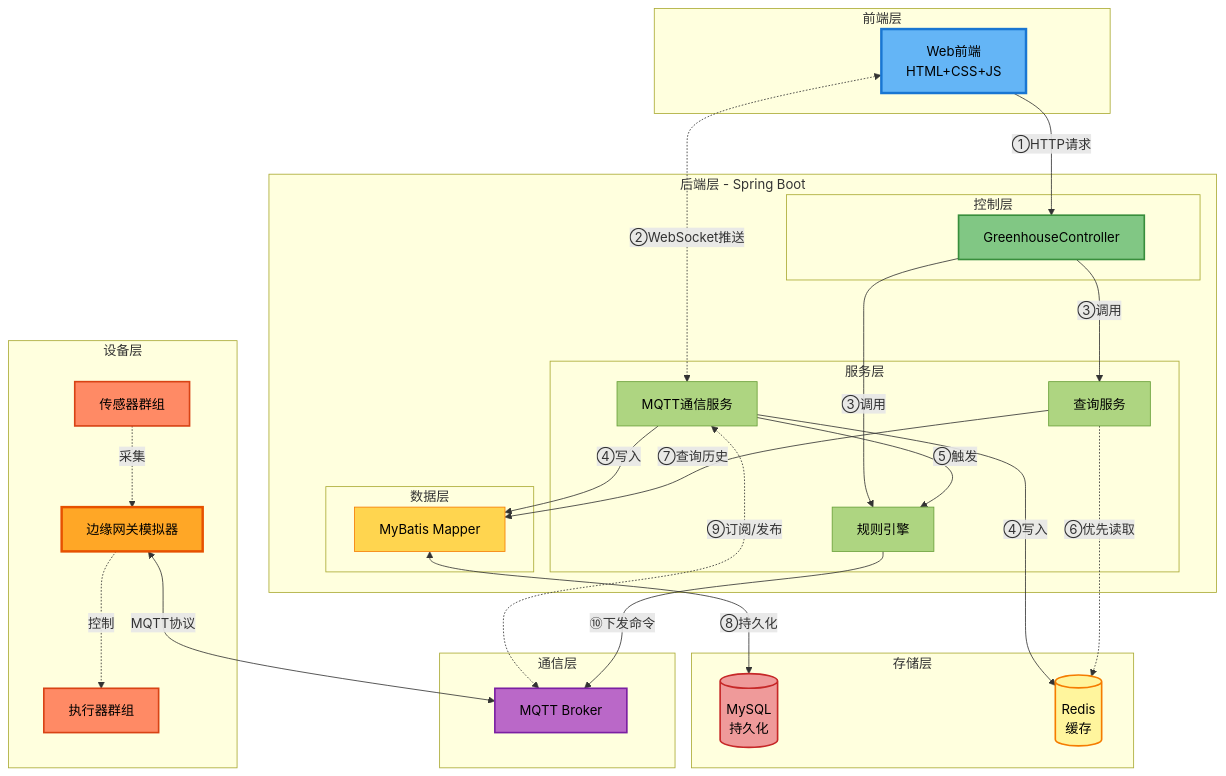
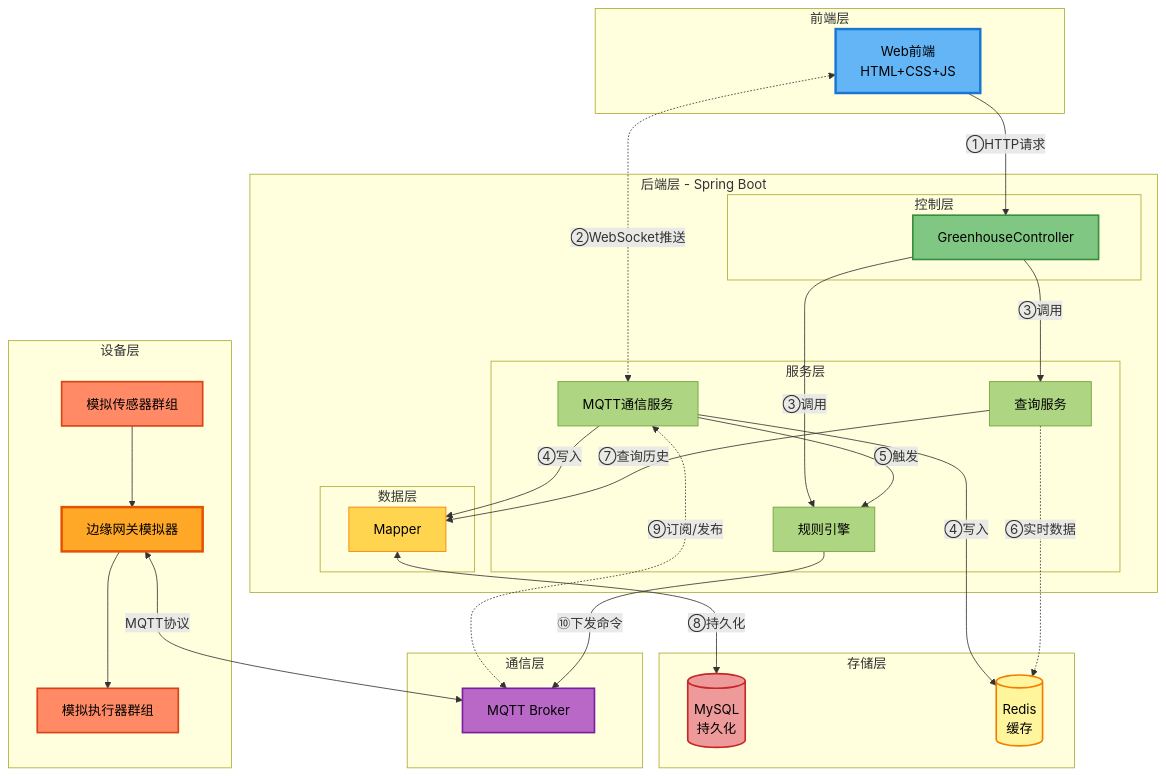
The fourth of 7 diagrams in 架构可视化.md (zhanhe778/GraduationProject), drawn with Mermaid before and after one commit. The commit also changed other lines of this file, not shown here.

````diff
--- a/架构可视化.md
+++ b/架构可视化.md
@@ -178,71 +179,71 @@
 ```mermaid
 graph TB
     subgraph "前端层"
         FE[Web前端<br/>HTML+CSS+JS]
     end
     
     subgraph "后端层 - Spring Boot"
         subgraph "控制层"
             CTL[GreenhouseController]
         end
         
         subgraph "服务层"
             SVC1[查询服务]
             SVC2[MQTT通信服务]
             SVC3[规则引擎]
         end
         
         subgraph "数据层"
-            MAPPER[MyBatis Mapper]
+            MAPPER[Mapper]
         end
     end
     
     subgraph "存储层"
         DB[(MySQL<br/>持久化)]
         CACHE[(Redis<br/>缓存)]
     end
     
     subgraph "通信层"
         MQTT[MQTT Broker]
     end
     
     subgraph "设备层"
         GATEWAY[边缘网关模拟器]
-        SENSOR[传感器群组]
-        ACTOR[执行器群组]
+        SENSOR[模拟传感器群组]
+        ACTOR[模拟执行器群组]
     end
     
     FE -->|①HTTP请求| CTL
     FE <-.②WebSocket推送.-> SVC2
     CTL -->|③调用| SVC1
     CTL -->|③调用| SVC3
     
     SVC2 -->|④写入| MAPPER
     SVC2 -->|④写入| CACHE
     SVC2 -->|⑤触发| SVC3
     
-    SVC1 -.⑥优先读取.-> CACHE
+    SVC1 -.⑥实时数据.-> CACHE
     SVC1 -->|⑦查询历史| MAPPER
     
     MAPPER <-->|⑧持久化| DB
     
     SVC2 <-.⑨订阅/发布.-> MQTT
     SVC3 -->|⑩下发命令| MQTT
     
     GATEWAY <-->|MQTT协议| MQTT
-    SENSOR -.采集.-> GATEWAY
-    GATEWAY -.控制.-> ACTOR
+    SENSOR --> GATEWAY
+    GATEWAY --> ACTOR
     
     style FE fill:#64B5F6,stroke:#1976D2,stroke-width:3px,color:#000
     style CTL fill:#81C784,stroke:#388E3C,stroke-width:2px,color:#000
     style SVC1 fill:#AED581,stroke:#689F38,color:#000
     style SVC2 fill:#AED581,stroke:#689F38,color:#000
     style SVC3 fill:#AED581,stroke:#689F38,color:#000
     style MAPPER fill:#FFD54F,stroke:#F57C00,color:#000
     style DB fill:#EF9A9A,stroke:#C62828,stroke-width:2px,color:#000
     style CACHE fill:#FFF59D,stroke:#F57C00,stroke-width:2px,color:#000
     style MQTT fill:#BA68C8,stroke:#7B1FA2,stroke-width:2px,color:#000
     style GATEWAY fill:#FFA726,stroke:#E65100,stroke-width:3px,color:#000
     style SENSOR fill:#FF8A65,stroke:#D84315,stroke-width:2px,color:#000
     style ACTOR fill:#FF8A65,stroke:#D84315,stroke-width:2px,color:#000
 ```
````
